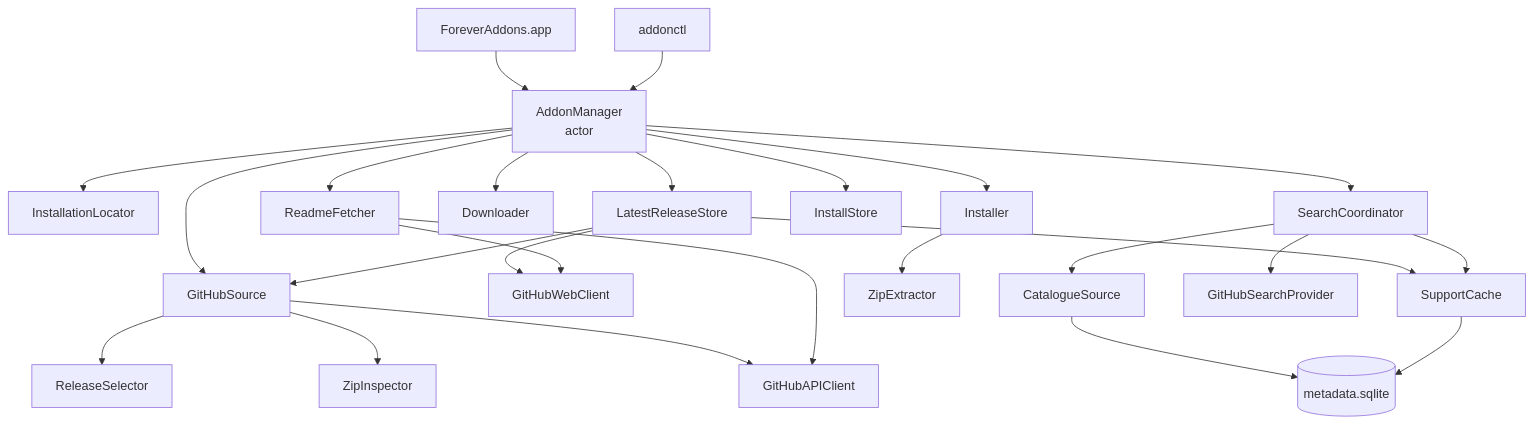
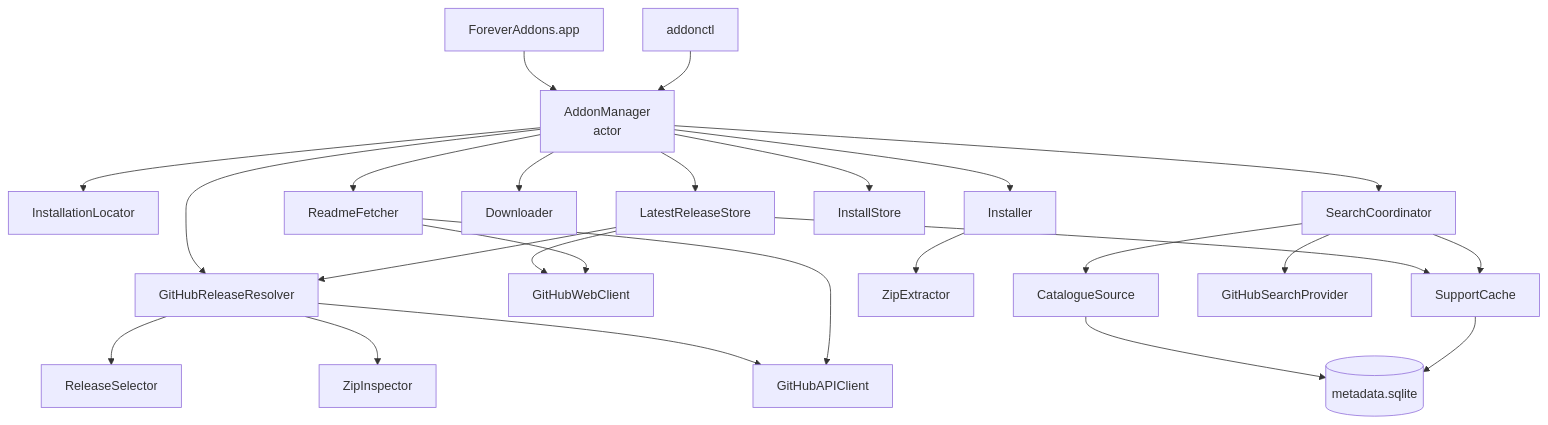
The diagram in docs/architecture/core.md (miotke/reload), drawn with Mermaid before and after one commit. The commit also changed other lines of this file and 20 other files, not shown here.

````diff
--- a/docs/architecture/core.md
+++ b/docs/architecture/core.md
@@ -7,14 +7,14 @@
 ```mermaid
 flowchart TB
     App[ForeverAddons.app] --> AM
     CLI[addonctl] --> AM
     AM[AddonManager<br/>actor]
-    AM --> Loc[InstallationLocator] & LR[LatestReleaseStore] & GH[GitHubSource] & RF[ReadmeFetcher]
+    AM --> Loc[InstallationLocator] & LR[LatestReleaseStore] & GH[GitHubReleaseResolver] & RF[ReadmeFetcher]
     AM --> DL[Downloader] & Inst[Installer] & Store[InstallStore] & Search[SearchCoordinator]
     LR --> GH & Web[GitHubWebClient] & SC
     GH --> Sel[ReleaseSelector] & Zip[ZipInspector] & API[GitHubAPIClient]
     RF --> Web & API
     Inst --> Ext[ZipExtractor]
     Search --> Cat[CatalogueSource] & GHS[GitHubSearchProvider] & SC[SupportCache]
     Cat & SC --> DB[(metadata.sqlite)]
 ```
````
